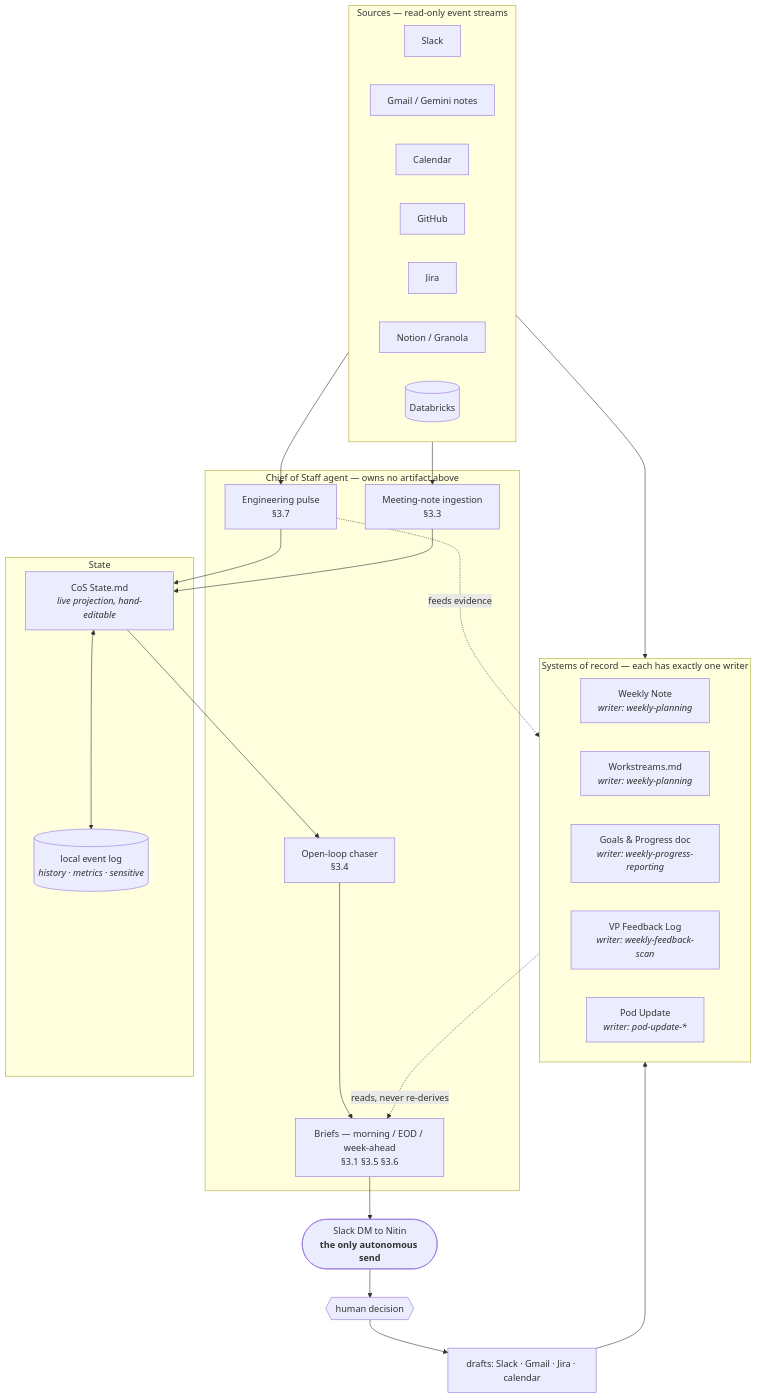
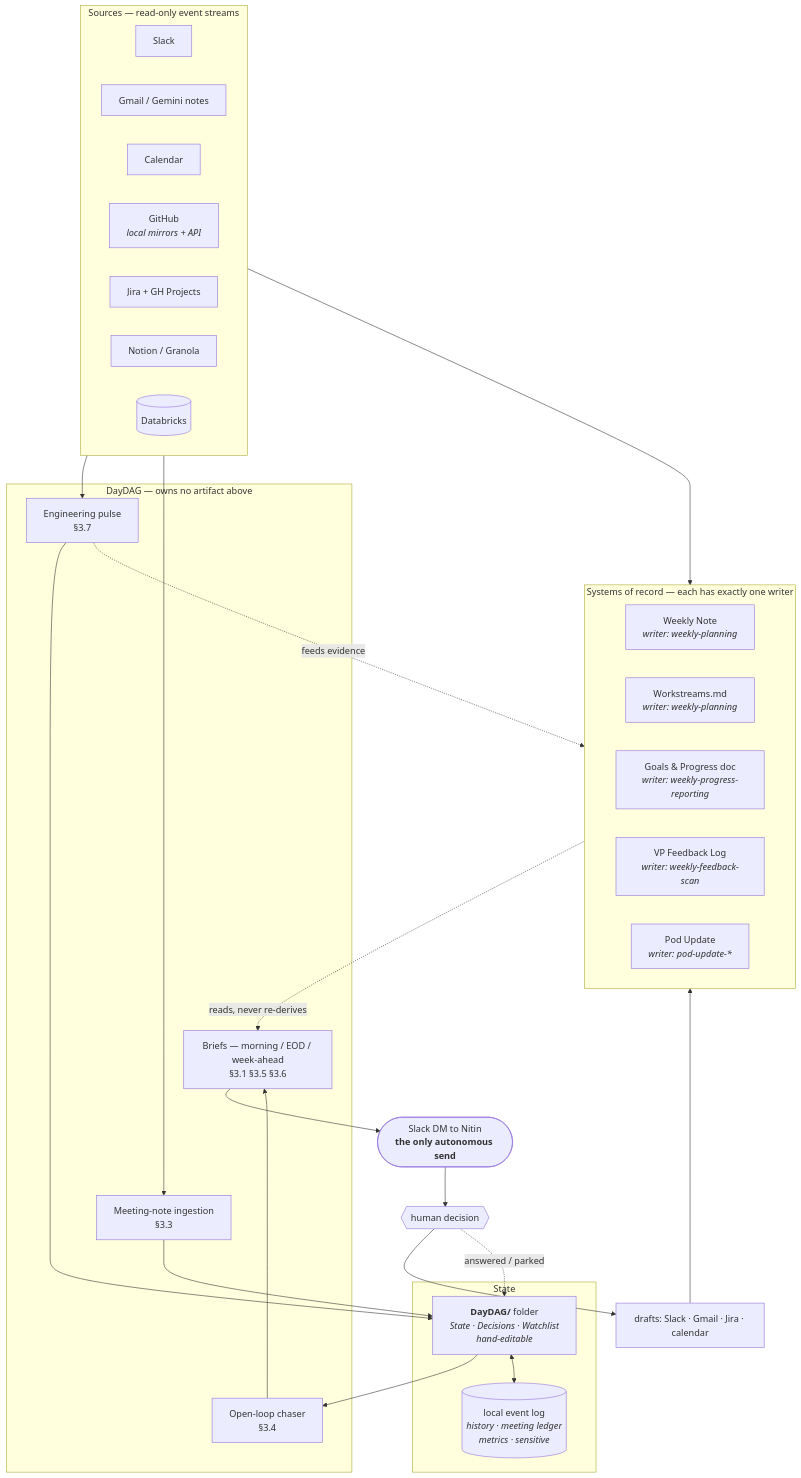
The diagram in ARCHITECTURE.md (unnitin/daydag), drawn with Mermaid before and after one commit. The commit also changed other lines of this file and 4 other files, not shown here.

First line of the commit message:
Rename to DayDAG; add source access, interaction, extensibility, custody

````diff
--- a/ARCHITECTURE.md
+++ b/ARCHITECTURE.md
@@ -11,35 +11,37 @@
 ```mermaid
 flowchart TB
   subgraph SRC["Sources — read-only event streams"]
-    SL[Slack]; GM[Gmail / Gemini notes]; CAL[Calendar]; GH[GitHub]; JR[Jira]; NO[Notion / Granola]; DB[(Databricks)]
+    SL[Slack]; GM[Gmail / Gemini notes]; CAL[Calendar]
+    GH["GitHub<br/><i>local mirrors + API</i>"]; JR["Jira + GH Projects"]; NO[Notion / Granola]; DB[(Databricks)]
   end
 
   subgraph REC["Systems of record — each has exactly one writer"]
     WN["Weekly Note<br/><i>writer: weekly-planning</i>"]
     WS["Workstreams.md<br/><i>writer: weekly-planning</i>"]
     GP["Goals &amp; Progress doc<br/><i>writer: weekly-progress-reporting</i>"]
     FL["VP Feedback Log<br/><i>writer: weekly-feedback-scan</i>"]
     PU["Pod Update<br/><i>writer: pod-update-*</i>"]
   end
 
-  subgraph COS["Chief of Staff agent — owns no artifact above"]
+  subgraph DD["DayDAG — owns no artifact above"]
     PULSE["Engineering pulse<br/>§3.7"]
     ING["Meeting-note ingestion<br/>§3.3"]
     CHASE["Open-loop chaser<br/>§3.4"]
     BRIEF["Briefs — morning / EOD / week-ahead<br/>§3.1 §3.5 §3.6"]
   end
 
   subgraph ST["State"]
-    MD["CoS State.md<br/><i>live projection, hand-editable</i>"]
-    SQL[("local event log<br/><i>history · metrics · sensitive</i>")]
+    MD["<b>DayDAG/</b> folder<br/><i>State · Decisions · Watchlist<br/>hand-editable</i>"]
+    SQL[("local event log<br/><i>history · meeting ledger<br/>metrics · sensitive</i>")]
   end
 
   SRC --> PULSE & ING
   SRC --> REC
   PULSE & ING --> MD --> CHASE --> BRIEF
   MD <--> SQL
   REC -.reads, never re-derives.-> BRIEF
   PULSE -.feeds evidence.-> REC
   BRIEF --> DM(["Slack DM to Nitin<br/><b>the only autonomous send</b>"])
   DM --> H{{"human decision"}} --> DR["drafts: Slack · Gmail · Jira · calendar"] --> REC
+  H -.answered / parked.-> MD
 ```
````
